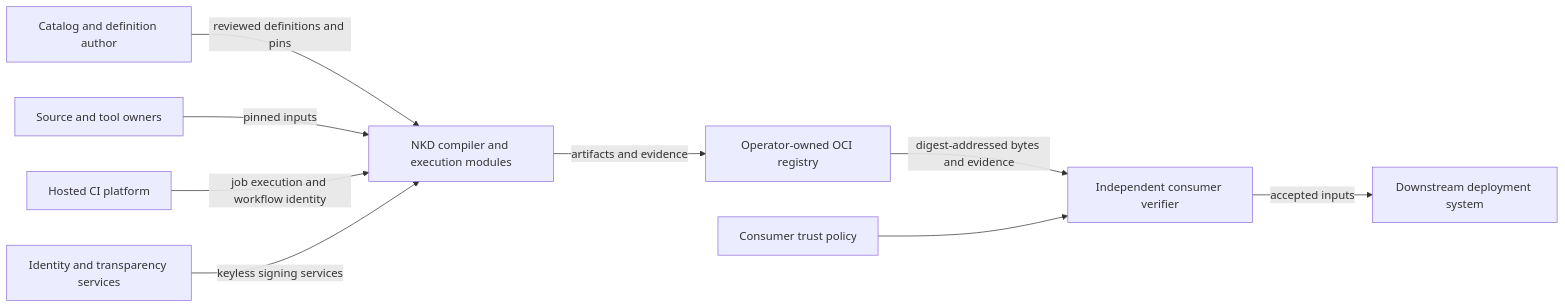
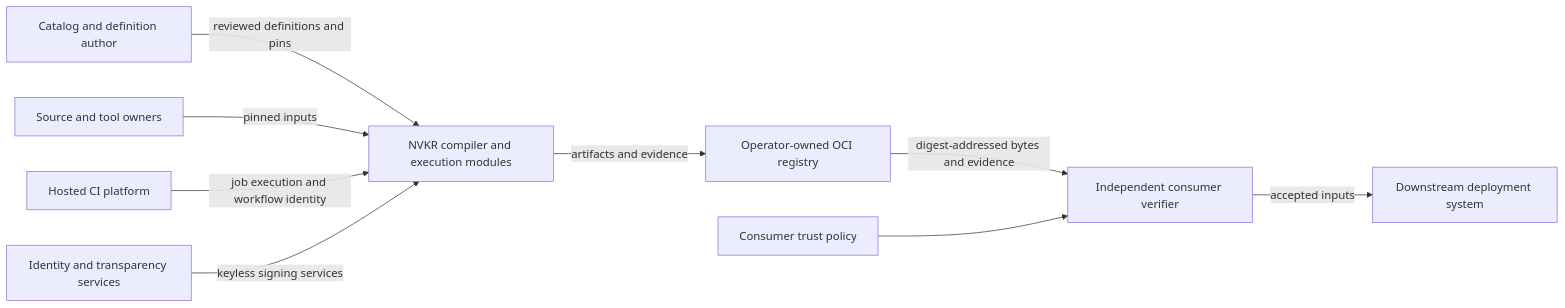
Before and after one commit to Lazzer64/nvkr: the first of 6 diagrams in docs/sadd.md, drawn with Mermaid. The commit also changed other lines of this file and 2278 other files, not shown here.

````diff
--- a/docs/sadd.md
+++ b/docs/sadd.md
@@ -153,11 +153,11 @@
 ```mermaid
 flowchart LR
-  Author["Catalog and definition author"] -->|"reviewed definitions and pins"| NKD["NKD compiler and execution modules"]
-  Sources["Source and tool owners"] -->|"pinned inputs"| NKD
-  CI["Hosted CI platform"] -->|"job execution and workflow identity"| NKD
-  NKD -->|"artifacts and evidence"| Registry["Operator-owned OCI registry"]
-  Trust["Identity and transparency services"] -->|"keyless signing services"| NKD
+  Author["Catalog and definition author"] -->|"reviewed definitions and pins"| NVKR["NVKR compiler and execution modules"]
+  Sources["Source and tool owners"] -->|"pinned inputs"| NVKR
+  CI["Hosted CI platform"] -->|"job execution and workflow identity"| NVKR
+  NVKR -->|"artifacts and evidence"| Registry["Operator-owned OCI registry"]
+  Trust["Identity and transparency services"] -->|"keyless signing services"| NVKR
   Registry -->|"digest-addressed bytes and evidence"| Consumer["Independent consumer verifier"]
   Policy["Consumer trust policy"] --> Consumer
   Consumer -->|"accepted inputs"| Downstream["Downstream deployment system"]
 ```
````
